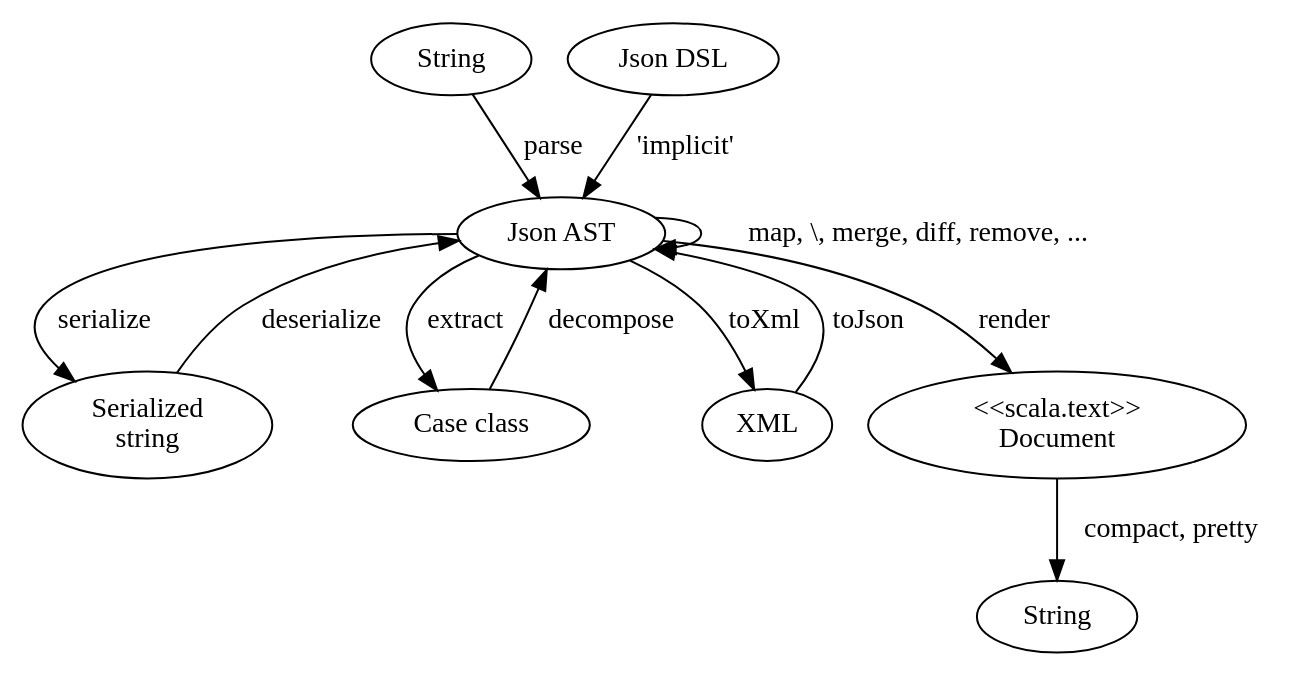
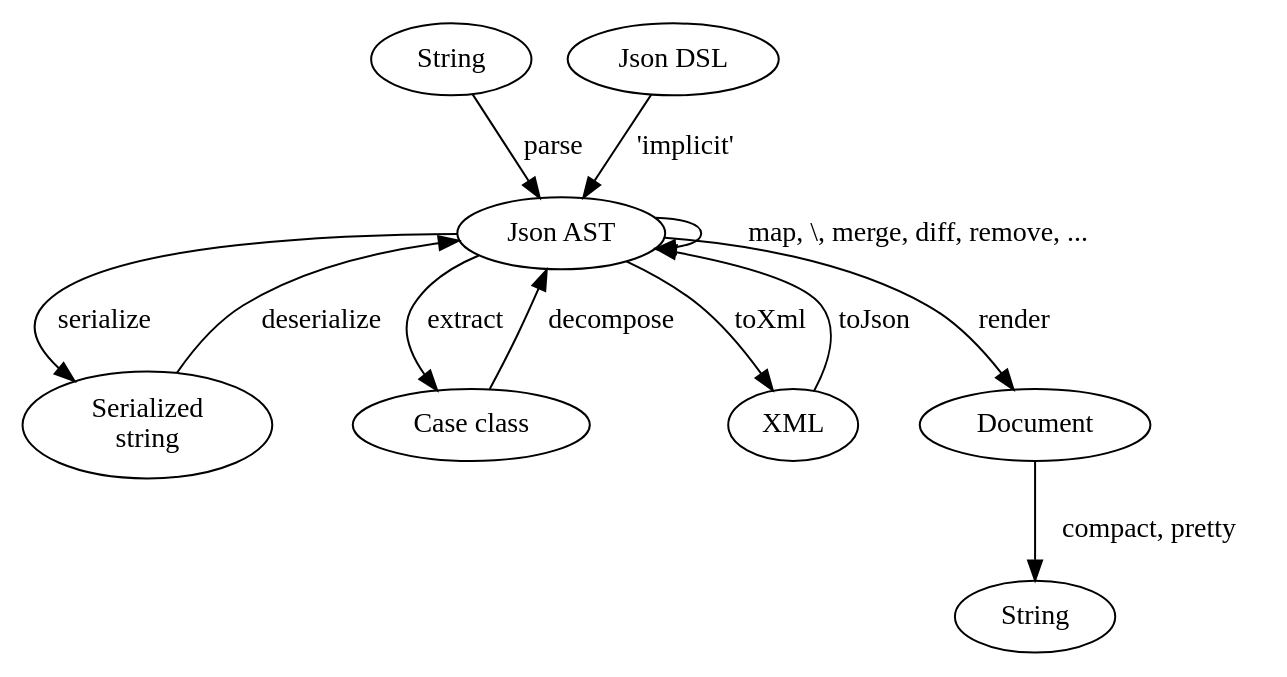
The diagram in core/json.dot (json4s/json4s), drawn with Graphviz before and after one commit. The commit also changed 20 other files, not shown here.

First line of the commit message:
embed scala.text.Document

```diff
--- a/core/json.dot
+++ b/core/json.dot
@@ -1,25 +1,25 @@
 digraph json {
   s -> ast [label="parse"]
   dsl -> ast [label="'implicit'"]
   ast -> ser [label="serialize"]
   ser -> ast [label="deserialize"]
 
   ast -> ast [label="map, \\, merge, diff, remove, ..."]
 
   ast -> class [label="extract"]
   class -> ast [label="decompose"]
 
   ast -> xml [label="toXml"]
   xml -> ast [label="toJson"]
 
   ast -> doc [label="render"]
   doc -> String [label="compact, pretty"]
 
   ast [label="Json AST"]
   dsl [label="Json DSL"]
   ser [label="Serialized\nstring"]
-  doc [label="<<scala.text>>\nDocument"]
+  doc [label="Document"]
   s [label="String"]
   class [label="Case class"]
   xml [label="XML"]
 }
```
